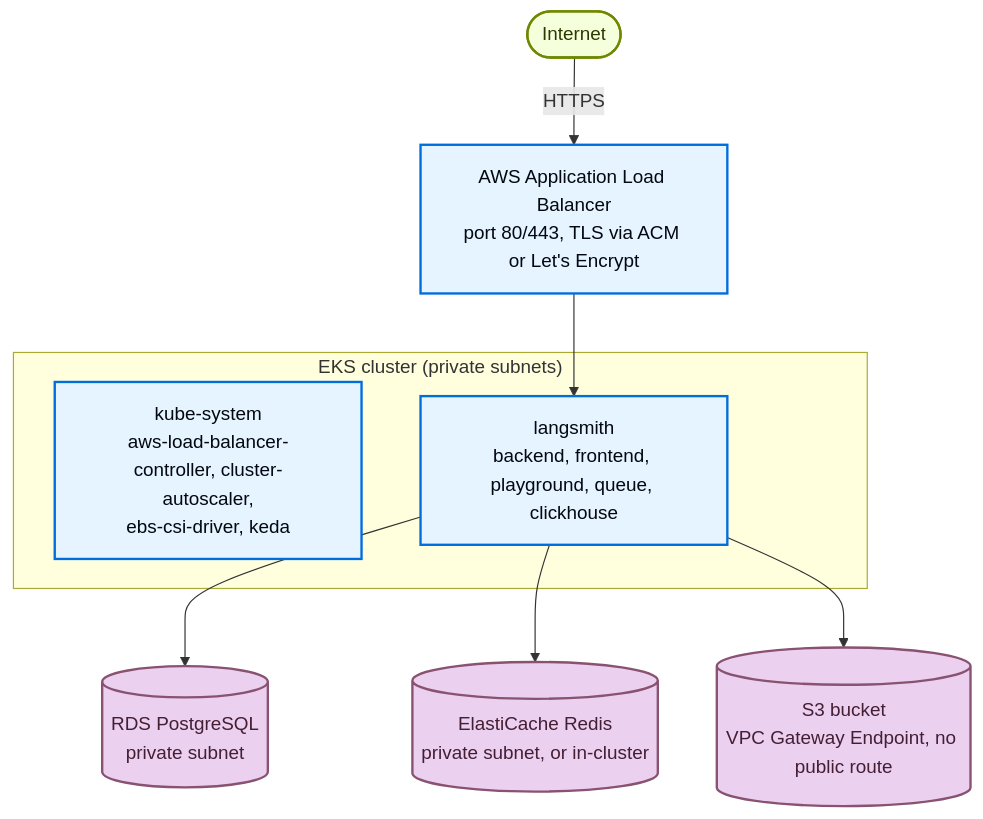
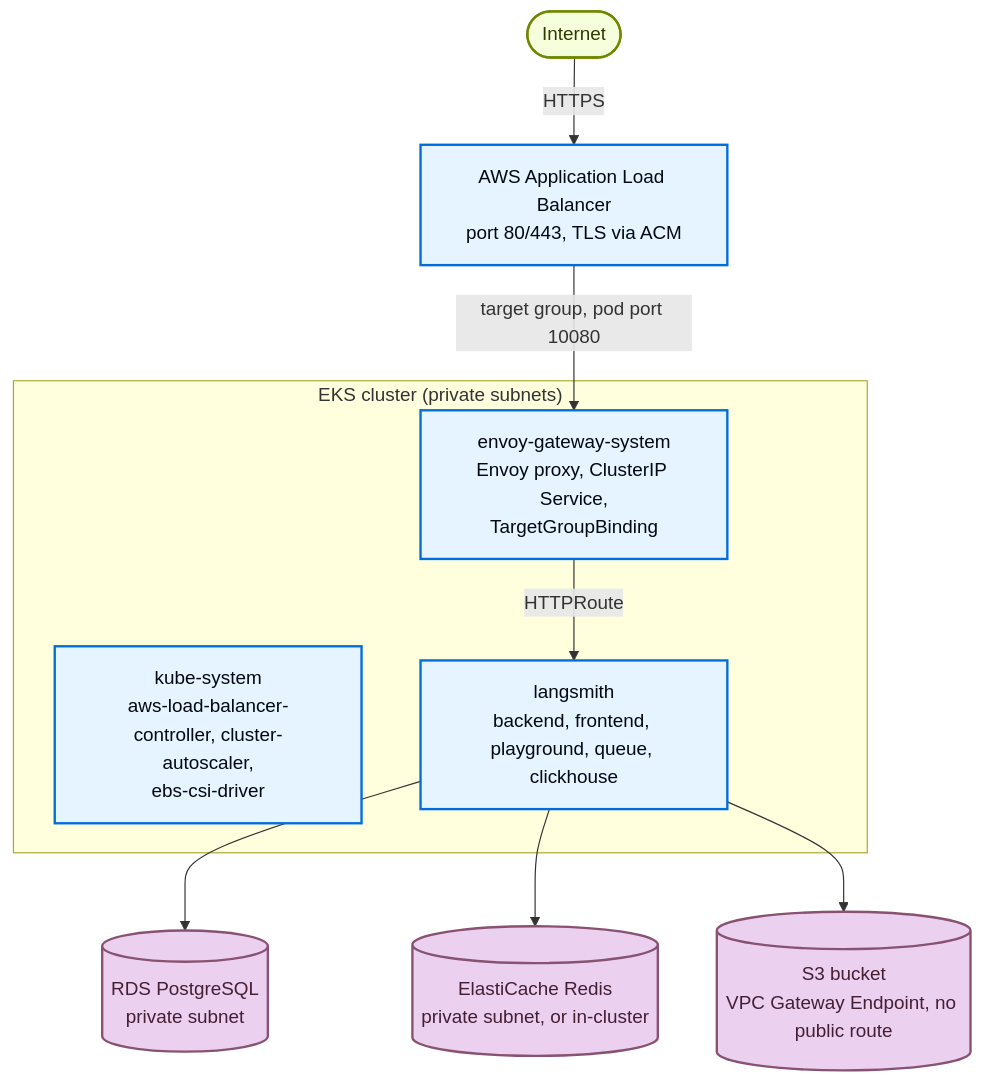
The first of 2 diagrams in agent-frameworks/langchain/pages/langsmith/self-host-terraform-aws-architecture.md (Eyre921/ofiicial-developer-docs), drawn with Mermaid before and after one commit. The commit also changed other lines of this file and 296 other files, not shown here.

````diff
--- a/agent-frameworks/langchain/pages/langsmith/self-host-terraform-aws-architecture.md
+++ b/agent-frameworks/langchain/pages/langsmith/self-host-terraform-aws-architecture.md
@@ -141,28 +163,30 @@
 ```mermaid actions={false} theme={"theme":{"light":"catppuccin-latte","dark":"catppuccin-mocha"}}
 graph TD
     Internet(["Internet"])
-    ALB["AWS Application Load Balancer<br/>port 80/443, TLS via ACM or Let's Encrypt"]
+    ALB["AWS Application Load Balancer<br/>port 80/443, TLS via ACM"]
 
     subgraph EKS["EKS cluster (private subnets)"]
-        KubeSystem["kube-system<br/>aws-load-balancer-controller, cluster-autoscaler,<br/>ebs-csi-driver, keda"]
+        EGS["envoy-gateway-system<br/>Envoy proxy, ClusterIP Service,<br/>TargetGroupBinding"]
+        KubeSystem["kube-system<br/>aws-load-balancer-controller, cluster-autoscaler,<br/>ebs-csi-driver"]
         LangSmith["langsmith<br/>backend, frontend, playground, queue, clickhouse"]
     end
 
     RDS[("RDS PostgreSQL<br/>private subnet")]
     Cache[("ElastiCache Redis<br/>private subnet, or in-cluster")]
     S3[("S3 bucket<br/>VPC Gateway Endpoint, no public route")]
 
     Internet -->|HTTPS| ALB
-    ALB --> LangSmith
+    ALB -->|target group, pod port 10080| EGS
+    EGS -->|HTTPRoute| LangSmith
     LangSmith --> RDS
     LangSmith --> Cache
     LangSmith --> S3
 
     classDef trigger fill:#F6FFDB,stroke:#6E8900,stroke-width:2px,color:#2E3900
     classDef process fill:#E5F4FF,stroke:#006DDD,stroke-width:2px,color:#030710
     classDef output fill:#EBD0F0,stroke:#885270,stroke-width:2px,color:#441E33
 
     class Internet trigger
-    class ALB,KubeSystem,LangSmith process
+    class ALB,EGS,KubeSystem,LangSmith process
     class RDS,Cache,S3 output
 ```
````
